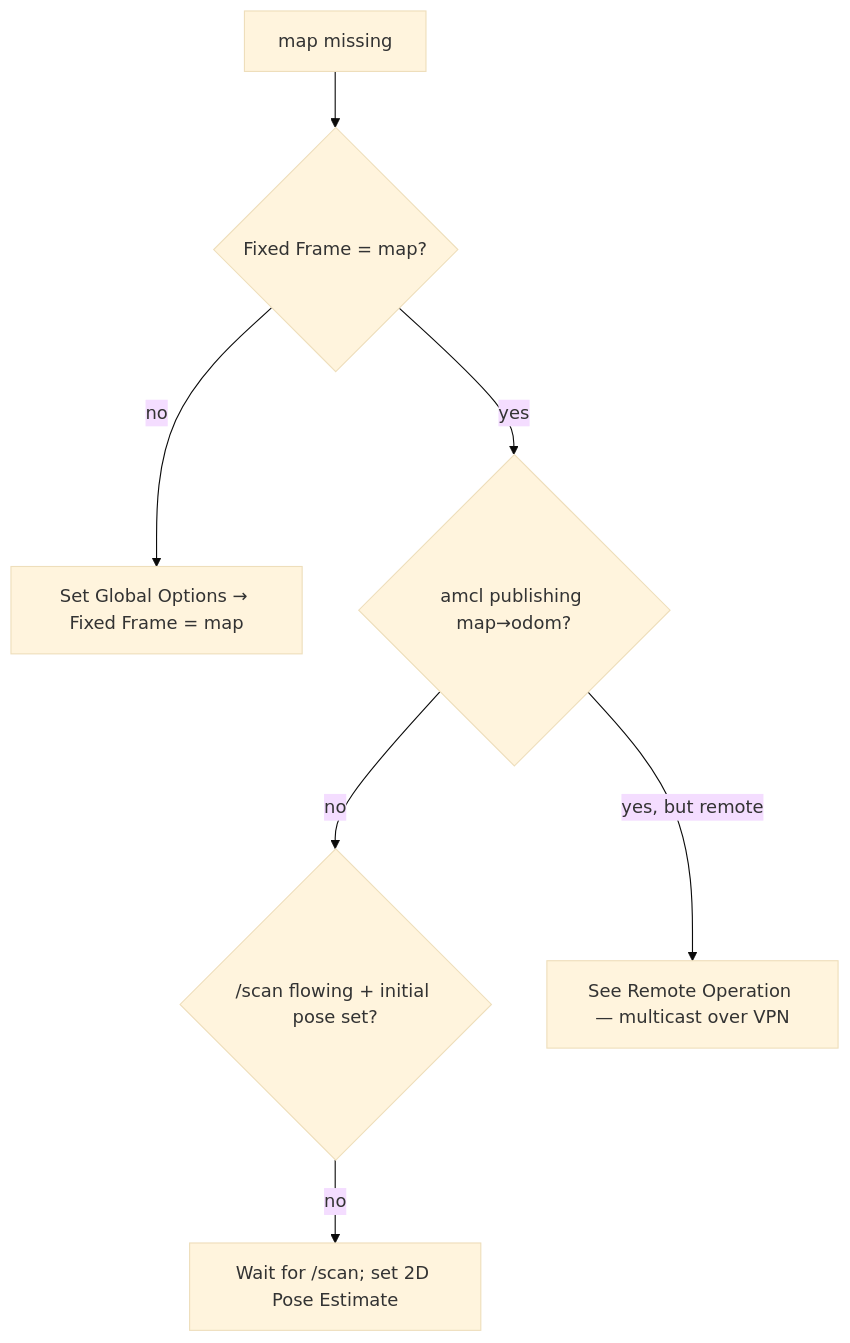
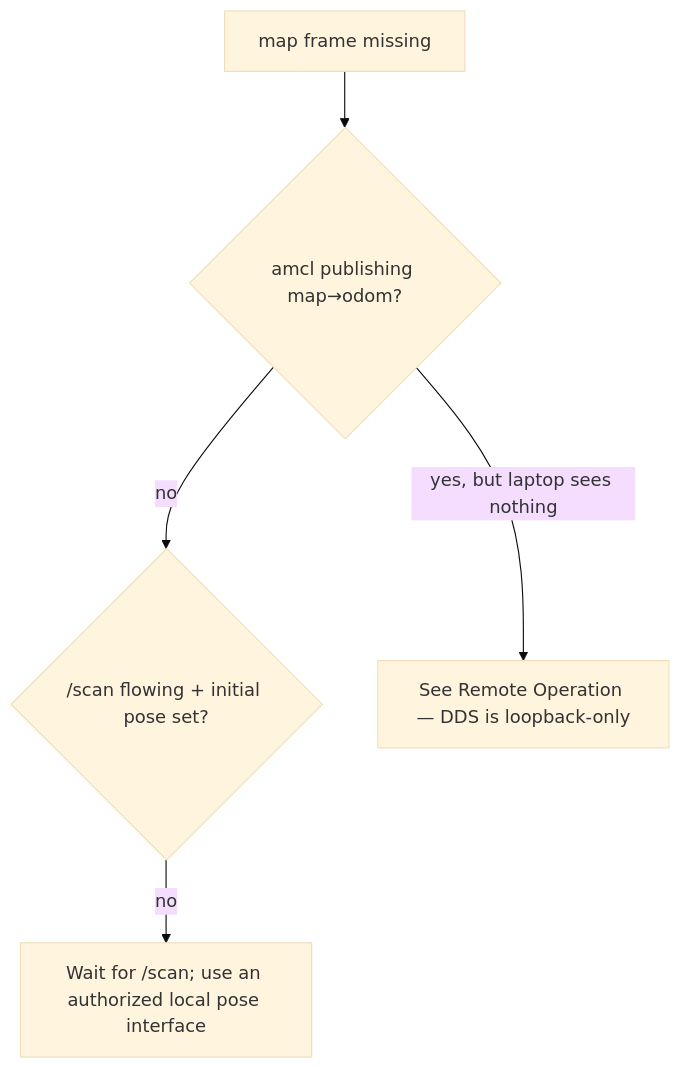
Before and after one commit to cmu-impactlab/patrolbot: the diagram in docs/development/debugging.md, drawn with Mermaid (base theme). The commit also changed other lines of this file and 38 other files, not shown here.

````diff
--- a/docs/development/debugging.md
+++ b/docs/development/debugging.md
@@ -33,9 +33,7 @@
 ```mermaid
 flowchart TB
-    A["map missing"] --> B{Fixed Frame = map?}
-    B -->|no| FIX1["Set Global Options → Fixed Frame = map"]
-    B -->|yes| C{amcl publishing map→odom?}
+    A["map frame missing"] --> C{amcl publishing map→odom?}
     C -->|no| D{/scan flowing + initial pose set?}
-    D -->|no| FIX2["Wait for /scan; set 2D Pose Estimate"]
-    C -->|yes, but remote| FIX3["See Remote Operation — multicast over VPN"]
+    D -->|no| FIX2["Wait for /scan; use an authorized local pose interface"]
+    C -->|yes, but laptop sees nothing| FIX3["See Remote Operation — DDS is loopback-only"]
 ```
````
